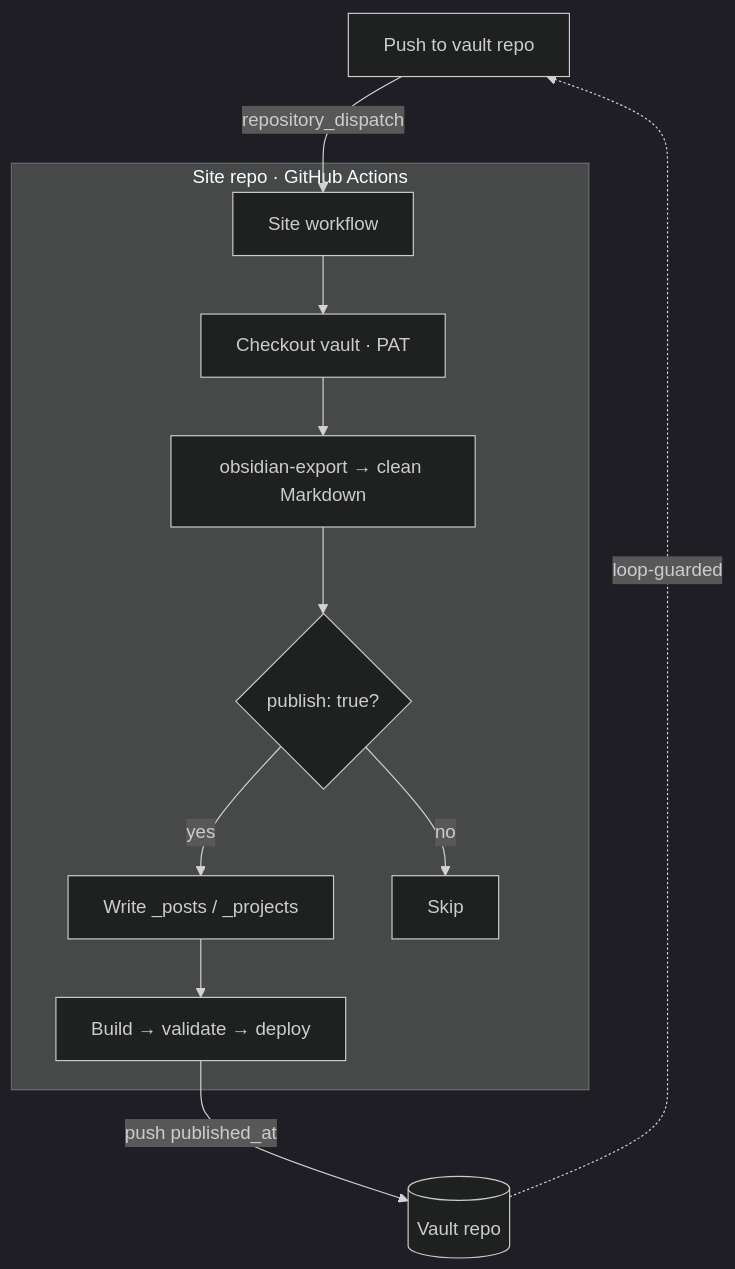
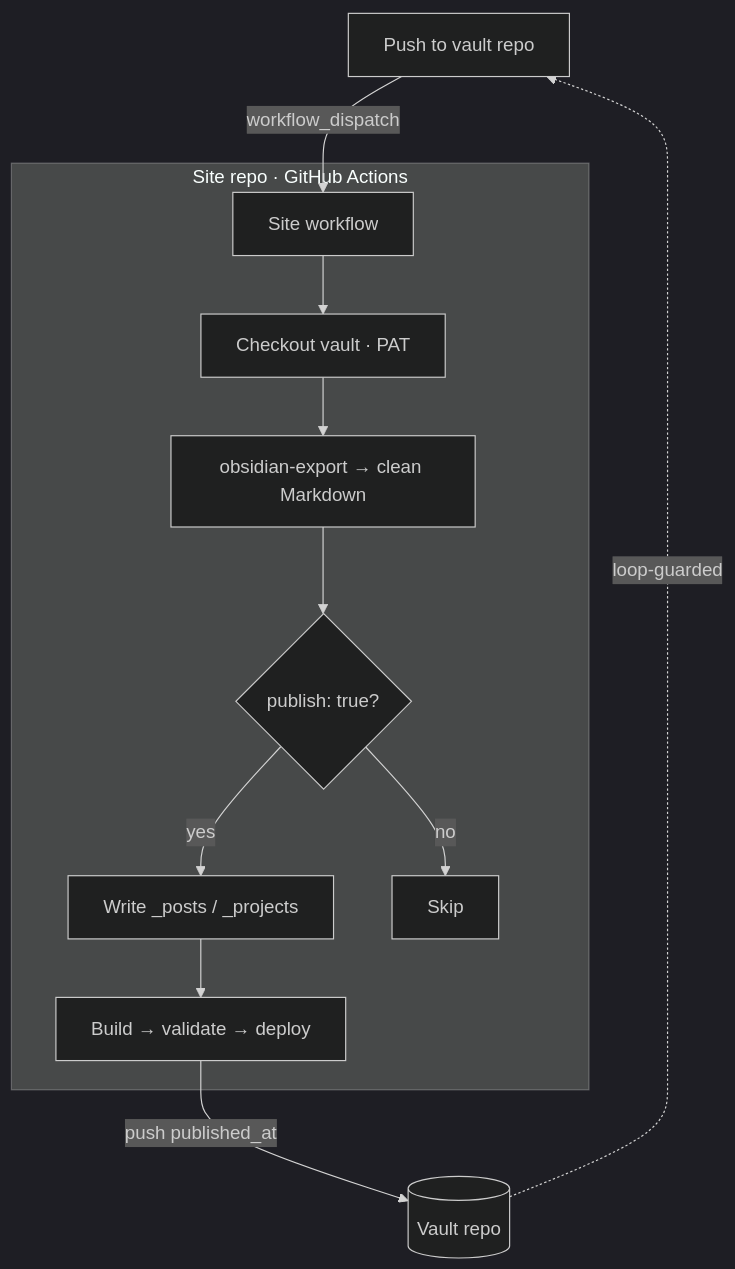
The diagram in _posts/2026-06-25-wiring-obsidian-to-a-static-site-with-github-actions.md (extinctCoder/extinctCoder.github.io), drawn with Mermaid (dark theme) before and after one commit. The commit also changed other lines of this file and 2 other files, not shown here.

````diff
--- a/_posts/2026-06-25-wiring-obsidian-to-a-static-site-with-github-actions.md
+++ b/_posts/2026-06-25-wiring-obsidian-to-a-static-site-with-github-actions.md
@@ -18,14 +18,14 @@
 ```mermaid
 flowchart TB
-    Push[Push to vault repo] -->|repository_dispatch| WF[Site workflow]
+    Push[Push to vault repo] -->|workflow_dispatch| WF[Site workflow]
     subgraph Site[Site repo · GitHub Actions]
         WF --> Checkout[Checkout vault · PAT]
         Checkout --> Export[obsidian-export → clean Markdown]
         Export --> Filter{publish: true?}
         Filter -- yes --> Content[Write _posts / _projects]
         Filter -- no --> Drop[Skip]
         Content --> Build[Build → validate → deploy]
     end
     Build -->|push published_at| Vault[(Vault repo)]
     Vault -. loop-guarded .-> Push
 ```
````
